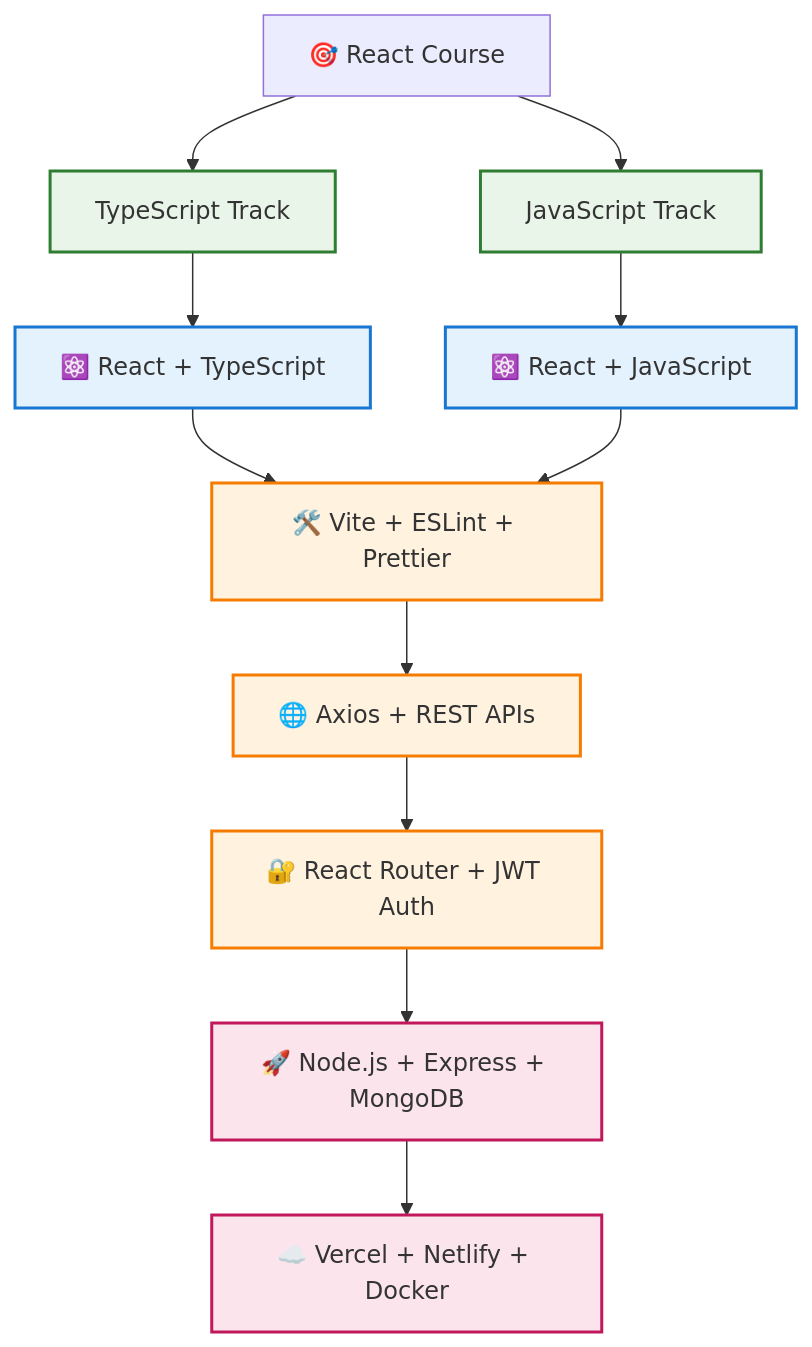
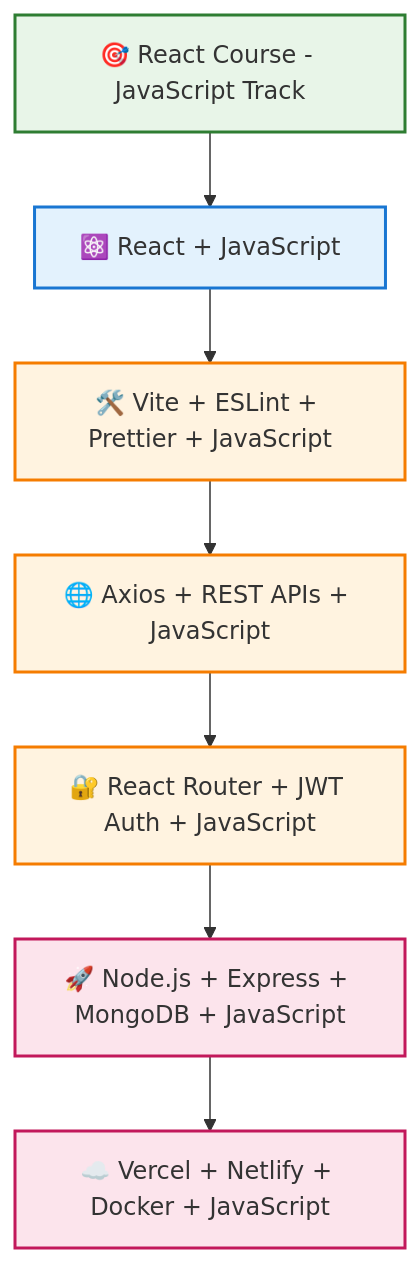
Before and after one commit to longndt/react-course: the third of 6 diagrams in react-javascript/diagrams/course_structure_diagram.md, drawn with Mermaid. The commit also changed other lines of this file and 32 other files, not shown here.

````diff
--- a/react-javascript/diagrams/course_structure_diagram.md
+++ b/react-javascript/diagrams/course_structure_diagram.md
@@ -93,27 +89,22 @@
 ```mermaid
 graph TB
-    A[🎯 React Course] --> B[TypeScript Track]
-    A --> C[JavaScript Track]
+    A[🎯 React Course - JavaScript Track] --> B[⚛️ React + JavaScript]
 
-    B --> D[⚛️ React + TypeScript]
-    C --> E[⚛️ React + JavaScript]
+    B --> C[🛠️ Vite + ESLint + Prettier + JavaScript]
 
-    D --> F[🛠️ Vite + ESLint + Prettier]
-    E --> F
-
-    F --> G[🌐 Axios + REST APIs]
-    G --> H[🔐 React Router + JWT Auth]
-    H --> I[🚀 Node.js + Express + MongoDB]
-    I --> J[☁️ Vercel + Netlify + Docker]
+    C --> D[🌐 Axios + REST APIs + JavaScript]
+    D --> E[🔐 React Router + JWT Auth + JavaScript]
+    E --> F[🚀 Node.js + Express + MongoDB + JavaScript]
+    F --> G[☁️ Vercel + Netlify + Docker + JavaScript]
 
     %% Styling
     classDef track fill:#e8f5e8,stroke:#2e7d32,stroke-width:2px
     classDef tech fill:#e3f2fd,stroke:#1976d2,stroke-width:2px
     classDef tools fill:#fff3e0,stroke:#f57c00,stroke-width:2px
     classDef deploy fill:#fce4ec,stroke:#c2185b,stroke-width:2px
 
-    class B,C track
-    class D,E tech
-    class F,G,H tools
-    class I,J deploy
+    class A track
+    class B tech
+    class C,D,E tools
+    class F,G deploy
 ```
````
